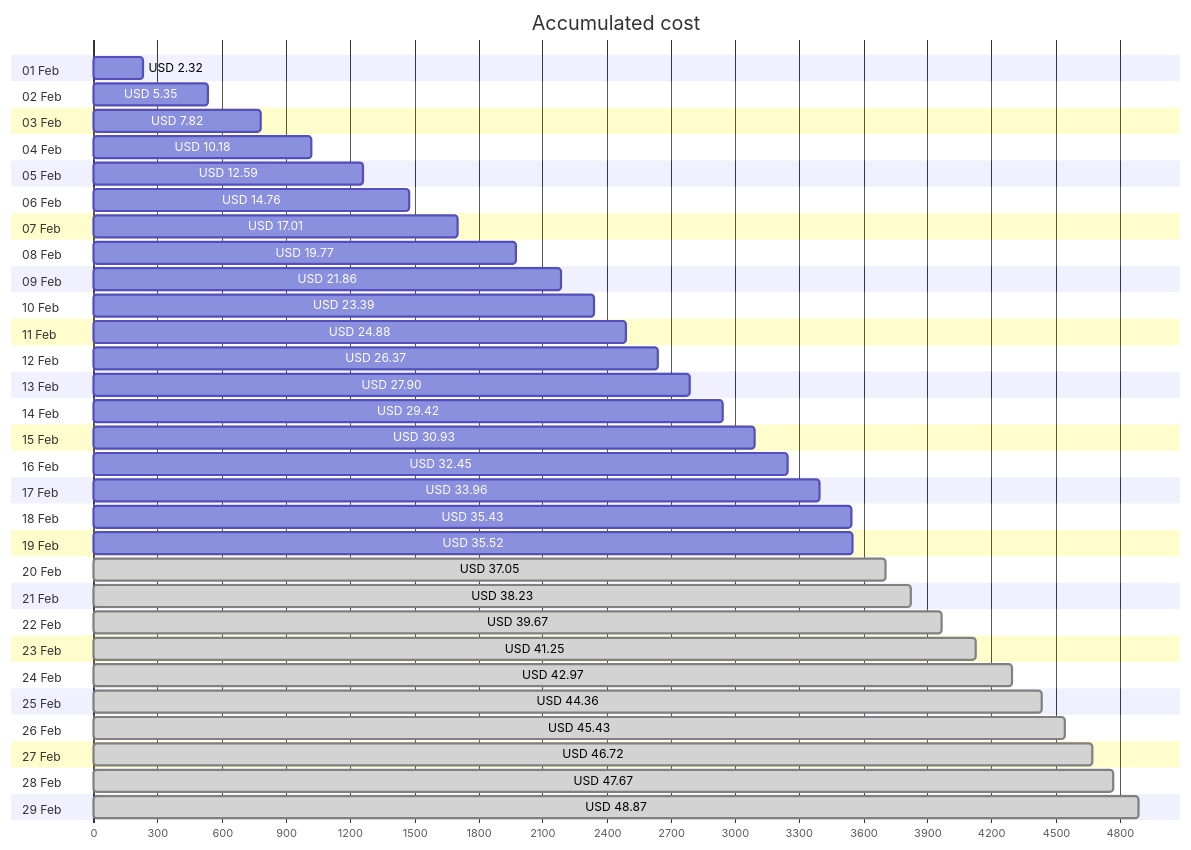
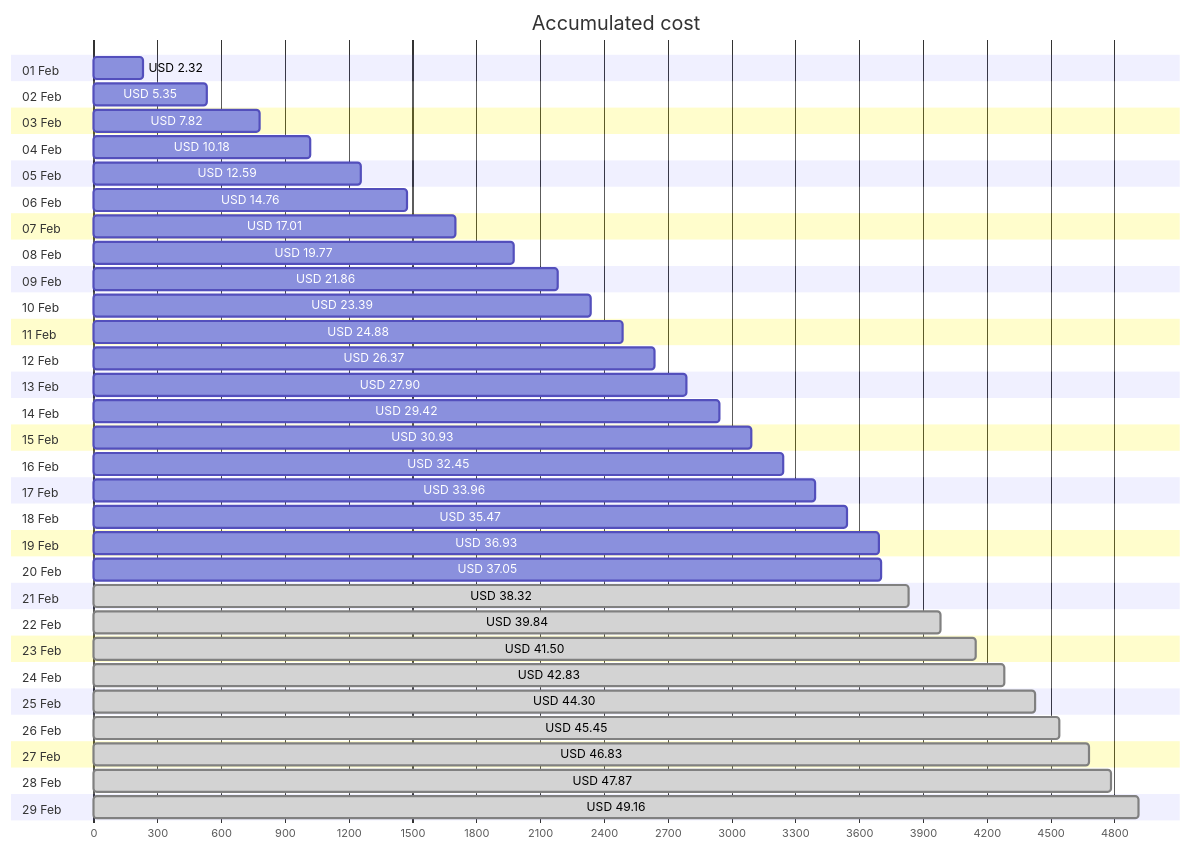
One commit to jpfulton/azure-personal-reports changed the first of 4 diagrams in cost-reports/personal-network/README.md. Above: the diagram before and after it, drawn with Mermaid. The commit also changed other lines of this file and 8 other files, not shown here.

````diff
--- a/cost-reports/personal-network/README.md
+++ b/cost-reports/personal-network/README.md
@@ -20,64 +20,64 @@
 ```mermaid
 gantt
    title Accumulated cost
    dateFormat  X
    axisFormat %s
    section 01 Feb
    USD 2.32 :0, 232
    section 02 Feb
    USD 5.35 :0, 535
    section 03 Feb
    USD 7.82 :0, 782
    section 04 Feb
    USD 10.18 :0, 1018
    section 05 Feb
    USD 12.59 :0, 1259
    section 06 Feb
    USD 14.76 :0, 1476
    section 07 Feb
    USD 17.01 :0, 1701
    section 08 Feb
    USD 19.77 :0, 1977
    section 09 Feb
    USD 21.86 :0, 2186
    section 10 Feb
    USD 23.39 :0, 2339
    section 11 Feb
    USD 24.88 :0, 2488
    section 12 Feb
    USD 26.37 :0, 2637
    section 13 Feb
    USD 27.90 :0, 2790
    section 14 Feb
    USD 29.42 :0, 2942
    section 15 Feb
    USD 30.93 :0, 3093
    section 16 Feb
    USD 32.45 :0, 3245
    section 17 Feb
    USD 33.96 :0, 3396
    section 18 Feb
-   USD 35.43 :0, 3543
+   USD 35.47 :0, 3547
    section 19 Feb
-   USD 35.52 :0, 3552
+   USD 36.93 :0, 3693
    section 20 Feb
-   USD 37.05 : done, 0, 3705
+   USD 37.05 :0, 3705
    section 21 Feb
-   USD 38.23 : done, 0, 3823
+   USD 38.32 : done, 0, 3832
    section 22 Feb
-   USD 39.67 : done, 0, 3967
+   USD 39.84 : done, 0, 3984
    section 23 Feb
-   USD 41.25 : done, 0, 4125
+   USD 41.50 : done, 0, 4150
    section 24 Feb
-   USD 42.97 : done, 0, 4297
+   USD 42.83 : done, 0, 4283
    section 25 Feb
-   USD 44.36 : done, 0, 4436
+   USD 44.30 : done, 0, 4430
    section 26 Feb
-   USD 45.43 : done, 0, 4543
+   USD 45.45 : done, 0, 4545
    section 27 Feb
-   USD 46.72 : done, 0, 4672
+   USD 46.83 : done, 0, 4683
    section 28 Feb
-   USD 47.67 : done, 0, 4767
+   USD 47.87 : done, 0, 4787
    section 29 Feb
-   USD 48.87 : done, 0, 4887
+   USD 49.16 : done, 0, 4916
 ```
````
